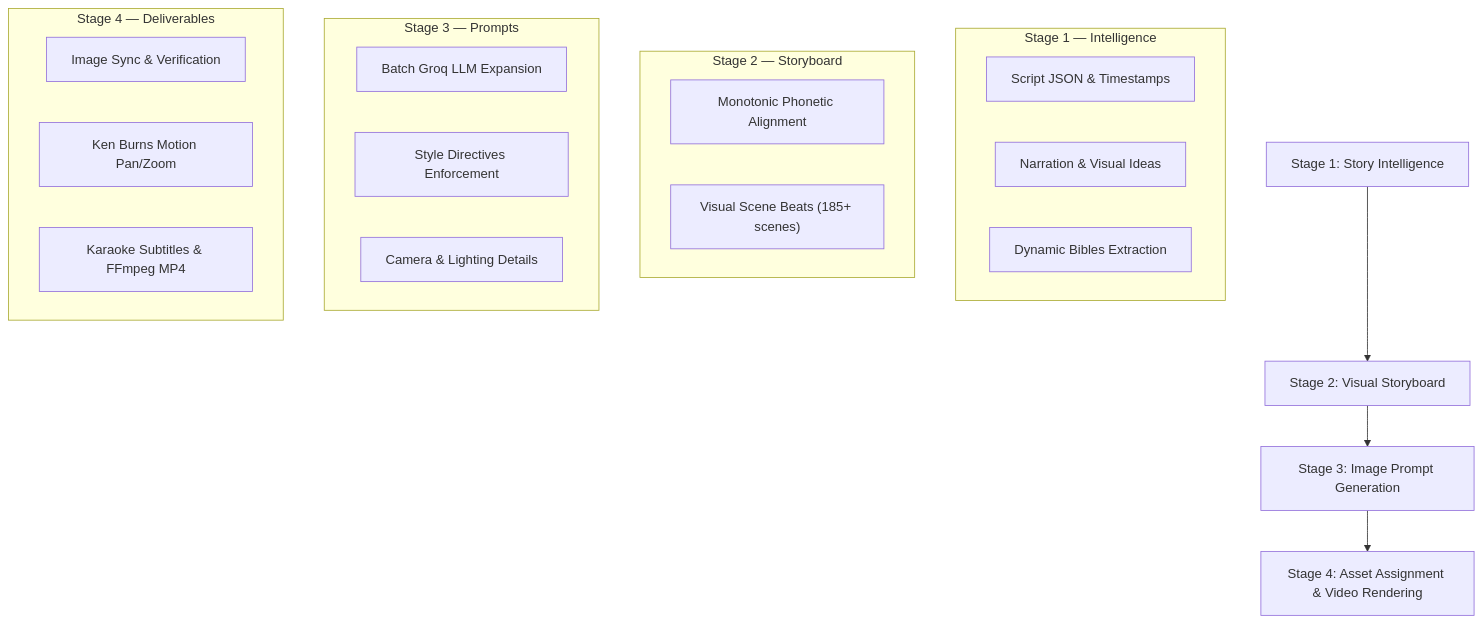
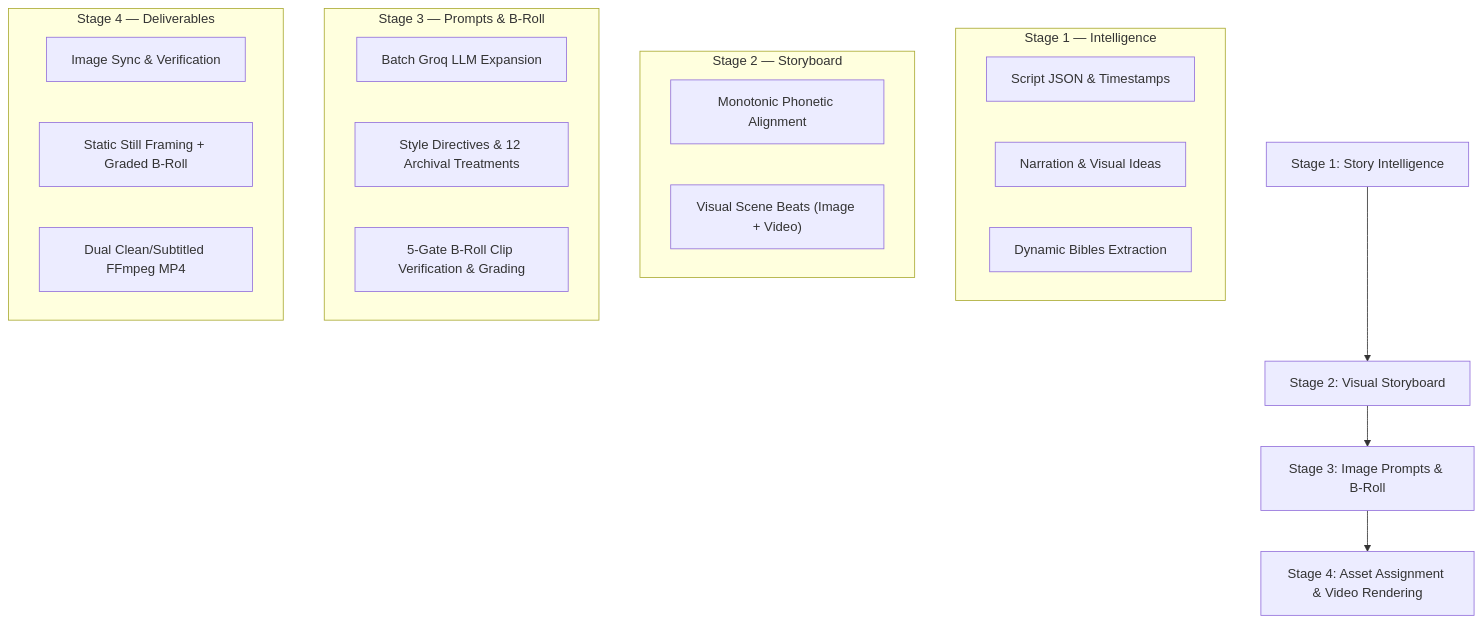
Before and after one commit to mianshahid-official/Vidroa: the diagram in README.md, drawn with Mermaid. The commit also changed other lines of this file and 117 other files, not shown here.

````diff
--- a/README.md
+++ b/README.md
@@ -57,29 +58,29 @@
 ```mermaid
 graph TD
     A["Stage 1: Story Intelligence"] --> B["Stage 2: Visual Storyboard"]
-    B --> C["Stage 3: Image Prompt Generation"]
+    B --> C["Stage 3: Image Prompts & B-Roll"]
     C --> D["Stage 4: Asset Assignment & Video Rendering"]
 
     subgraph "Stage 1 — Intelligence"
         A1["Script JSON & Timestamps"]
         A2["Narration & Visual Ideas"]
         A3["Dynamic Bibles Extraction"]
     end
 
     subgraph "Stage 2 — Storyboard"
         B1["Monotonic Phonetic Alignment"]
-        B2["Visual Scene Beats (185+ scenes)"]
+        B2["Visual Scene Beats (Image + Video)"]
     end
 
-    subgraph "Stage 3 — Prompts"
+    subgraph "Stage 3 — Prompts & B-Roll"
         C1["Batch Groq LLM Expansion"]
-        C2["Style Directives Enforcement"]
-        C3["Camera & Lighting Details"]
+        C2["Style Directives & 12 Archival Treatments"]
+        C3["5-Gate B-Roll Clip Verification & Grading"]
     end
 
     subgraph "Stage 4 — Deliverables"
         D1["Image Sync & Verification"]
-        D2["Ken Burns Motion Pan/Zoom"]
-        D3["Karaoke Subtitles & FFmpeg MP4"]
+        D2["Static Still Framing + Graded B-Roll"]
+        D3["Dual Clean/Subtitled FFmpeg MP4"]
     end
 ```
````
